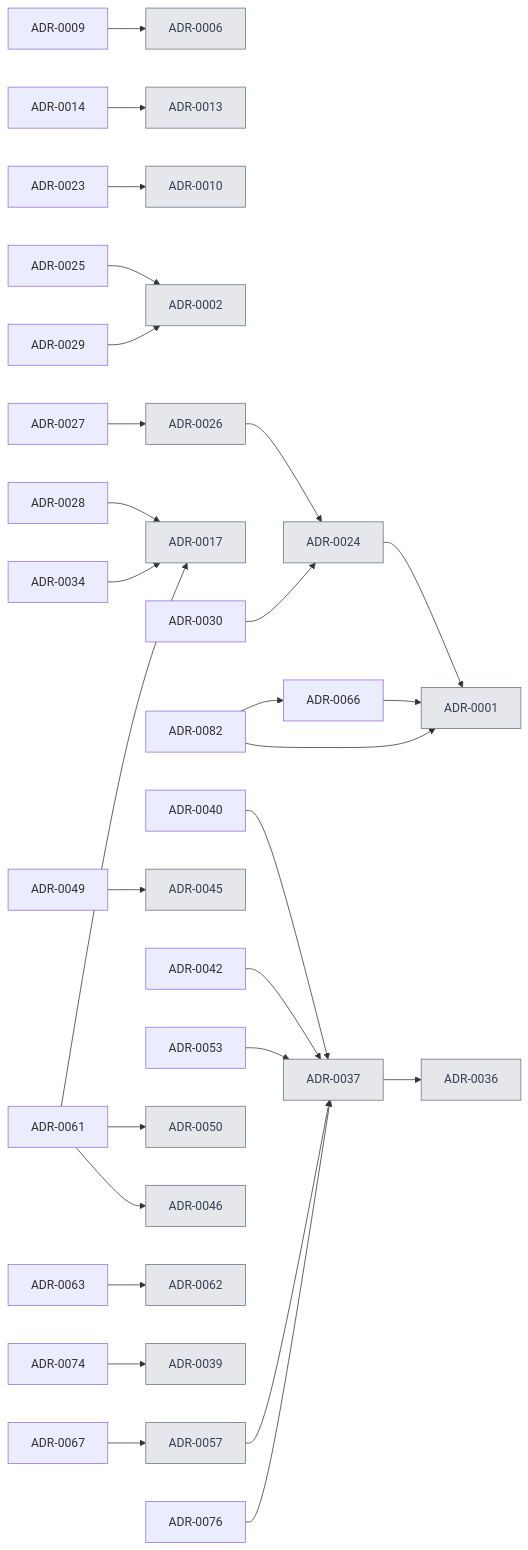
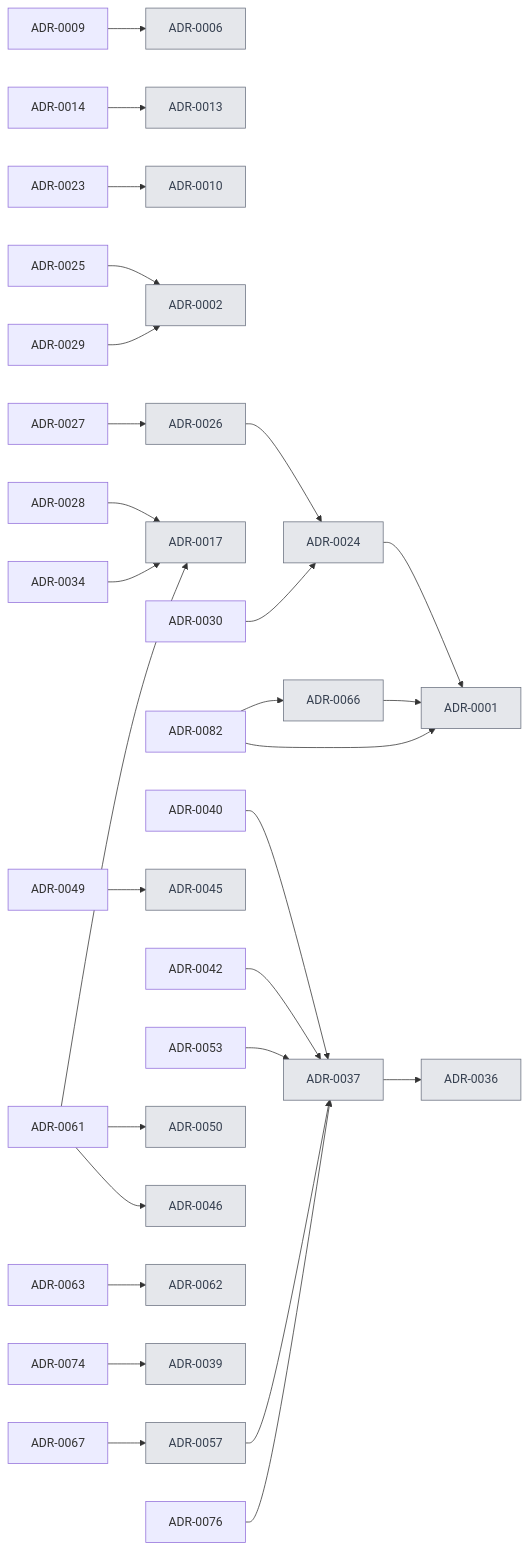
The diagram in docs/decisions/index.md (VM-s-Solutions/cleansia), drawn with Mermaid before and after one commit. The commit also changed other lines of this file, not shown here.

````diff
--- a/docs/decisions/index.md
+++ b/docs/decisions/index.md
@@ -18,32 +18,32 @@
 ```mermaid
 flowchart LR
   A0009[ADR-0009] --> A0006[ADR-0006]
   A0014[ADR-0014] --> A0013[ADR-0013]
   A0023[ADR-0023] --> A0010[ADR-0010]
   A0024[ADR-0024] --> A0001[ADR-0001]
   A0025[ADR-0025] --> A0002[ADR-0002]
   A0026[ADR-0026] --> A0024[ADR-0024]
   A0027[ADR-0027] --> A0026[ADR-0026]
   A0028[ADR-0028] --> A0017[ADR-0017]
   A0029[ADR-0029] --> A0002[ADR-0002]
   A0030[ADR-0030] --> A0024[ADR-0024]
   A0034[ADR-0034] --> A0017[ADR-0017]
   A0037[ADR-0037] --> A0036[ADR-0036]
   A0040[ADR-0040] --> A0037[ADR-0037]
   A0042[ADR-0042] --> A0037[ADR-0037]
   A0049[ADR-0049] --> A0045[ADR-0045]
   A0053[ADR-0053] --> A0037[ADR-0037]
   A0057[ADR-0057] --> A0037[ADR-0037]
   A0061[ADR-0061] --> A0050[ADR-0050]
   A0061[ADR-0061] --> A0017[ADR-0017]
   A0061[ADR-0061] --> A0046[ADR-0046]
   A0063[ADR-0063] --> A0062[ADR-0062]
   A0066[ADR-0066] --> A0001[ADR-0001]
   A0067[ADR-0067] --> A0057[ADR-0057]
   A0074[ADR-0074] --> A0039[ADR-0039]
   A0076[ADR-0076] --> A0037[ADR-0037]
   A0082[ADR-0082] --> A0001[ADR-0001]
   A0082[ADR-0082] --> A0066[ADR-0066]
   classDef old fill:#e5e7eb,stroke:#6b7280,color:#374151
-  class A0001,A0002,A0006,A0010,A0013,A0017,A0024,A0026,A0036,A0037,A0039,A0045,A0046,A0050,A0057,A0062 old
+  class A0001,A0002,A0006,A0010,A0013,A0017,A0024,A0026,A0036,A0037,A0039,A0045,A0046,A0050,A0057,A0062,A0066 old
 ```
````
